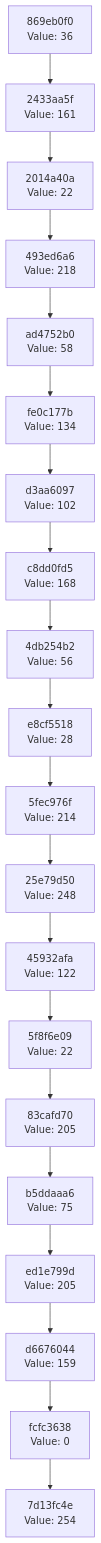
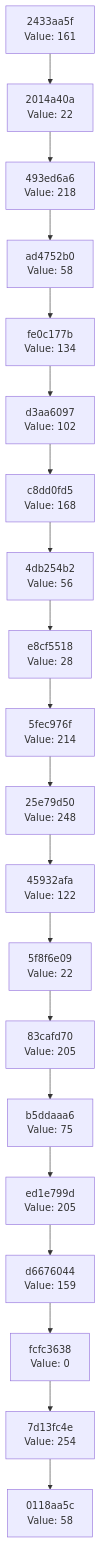
Before and after one commit to Abhisheksinha1506/hash-chain-evolver: the diagram in docs/CHAIN_VISUALIZATION.md, drawn with Mermaid. The commit also changed 2 other files, not shown here.

Commit message:
Evolution Step

````diff
--- a/docs/CHAIN_VISUALIZATION.md
+++ b/docs/CHAIN_VISUALIZATION.md
@@ -3,42 +3,42 @@
 ```mermaid
 graph TD
-    C0["7d13fc4e<br/>Value: 254"]
-    C1["fcfc3638<br/>Value: 0"]
+    C0["0118aa5c<br/>Value: 58"]
+    C1["7d13fc4e<br/>Value: 254"]
     C1 --> C0
-    C2["d6676044<br/>Value: 159"]
+    C2["fcfc3638<br/>Value: 0"]
     C2 --> C1
-    C3["ed1e799d<br/>Value: 205"]
+    C3["d6676044<br/>Value: 159"]
     C3 --> C2
-    C4["b5ddaaa6<br/>Value: 75"]
+    C4["ed1e799d<br/>Value: 205"]
     C4 --> C3
-    C5["83cafd70<br/>Value: 205"]
+    C5["b5ddaaa6<br/>Value: 75"]
     C5 --> C4
-    C6["5f8f6e09<br/>Value: 22"]
+    C6["83cafd70<br/>Value: 205"]
     C6 --> C5
-    C7["45932afa<br/>Value: 122"]
+    C7["5f8f6e09<br/>Value: 22"]
     C7 --> C6
-    C8["25e79d50<br/>Value: 248"]
+    C8["45932afa<br/>Value: 122"]
     C8 --> C7
-    C9["5fec976f<br/>Value: 214"]
+    C9["25e79d50<br/>Value: 248"]
     C9 --> C8
-    C10["e8cf5518<br/>Value: 28"]
+    C10["5fec976f<br/>Value: 214"]
     C10 --> C9
-    C11["4db254b2<br/>Value: 56"]
+    C11["e8cf5518<br/>Value: 28"]
     C11 --> C10
-    C12["c8dd0fd5<br/>Value: 168"]
+    C12["4db254b2<br/>Value: 56"]
     C12 --> C11
-    C13["d3aa6097<br/>Value: 102"]
+    C13["c8dd0fd5<br/>Value: 168"]
     C13 --> C12
-    C14["fe0c177b<br/>Value: 134"]
+    C14["d3aa6097<br/>Value: 102"]
     C14 --> C13
-    C15["ad4752b0<br/>Value: 58"]
+    C15["fe0c177b<br/>Value: 134"]
     C15 --> C14
-    C16["493ed6a6<br/>Value: 218"]
+    C16["ad4752b0<br/>Value: 58"]
     C16 --> C15
-    C17["2014a40a<br/>Value: 22"]
+    C17["493ed6a6<br/>Value: 218"]
     C17 --> C16
-    C18["2433aa5f<br/>Value: 161"]
+    C18["2014a40a<br/>Value: 22"]
     C18 --> C17
-    C19["869eb0f0<br/>Value: 36"]
+    C19["2433aa5f<br/>Value: 161"]
     C19 --> C18
 ```
````
